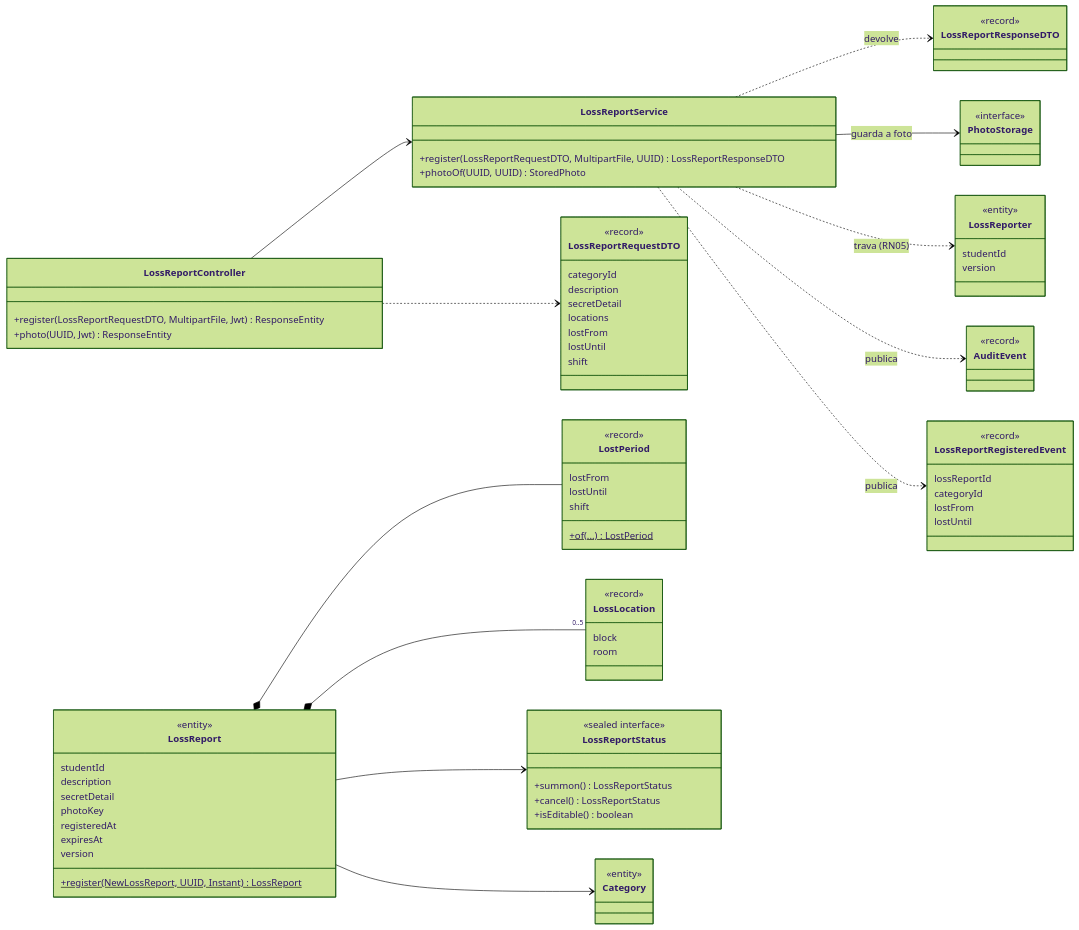
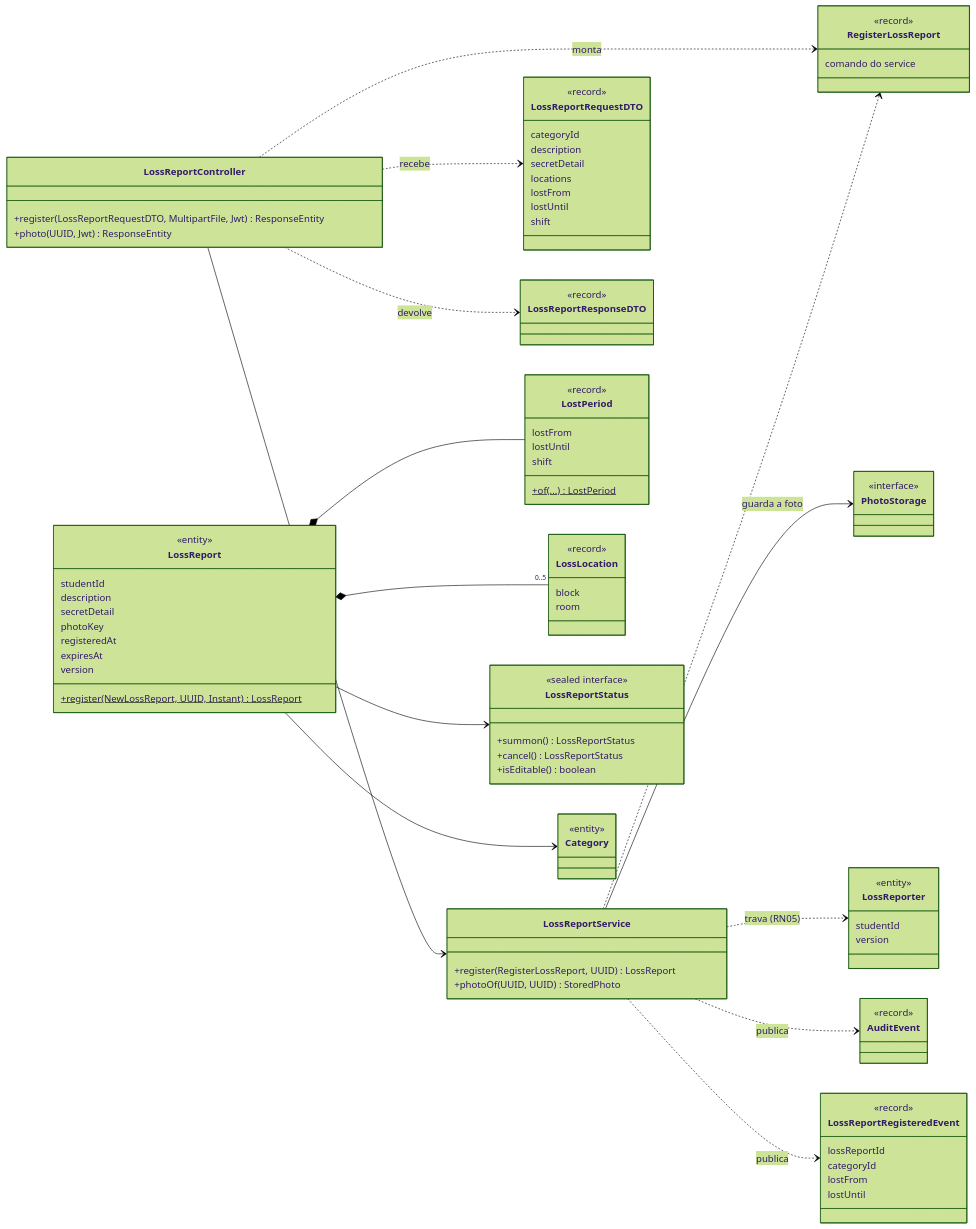
One commit to p1lloww/cade-backend changed the first of 4 diagrams in docs/tecnico/registro-perda.md. Above: the diagram before and after it, drawn with Mermaid (forest theme). The commit also changed other lines of this file and 13 other files, not shown here.

First line of the commit message:
[PER-01] DTOs no controller, comando no service e exceções no próprio módulo

```diff
--- a/docs/tecnico/registro-perda.md
+++ b/docs/tecnico/registro-perda.md
@@ -13,7 +13,7 @@
         +photo(UUID, Jwt) ResponseEntity
     }
     class LossReportService {
-        +register(LossReportRequestDTO, MultipartFile, UUID) LossReportResponseDTO
+        +register(RegisterLossReport, UUID) LossReport
         +photoOf(UUID, UUID) StoredPhoto
     }
     class LossReportRequestDTO {
@@ -28,6 +28,10 @@
     }
     class LossReportResponseDTO {
         <<record>>
+    }
+    class RegisterLossReport {
+        <<record>>
+        comando do service
     }
     class LossReport {
         <<entity>>
@@ -81,8 +85,10 @@
     }
 
     LossReportController --> LossReportService
-    LossReportController ..> LossReportRequestDTO
-    LossReportService ..> LossReportResponseDTO : devolve
+    LossReportController ..> LossReportRequestDTO : recebe
+    LossReportController ..> LossReportResponseDTO : devolve
+    LossReportController ..> RegisterLossReport : monta
+    LossReportService ..> RegisterLossReport
     LossReportService --> PhotoStorage : guarda a foto
     LossReportService ..> LossReporter : trava (RN05)
     LossReportService ..> AuditEvent : publica
```
